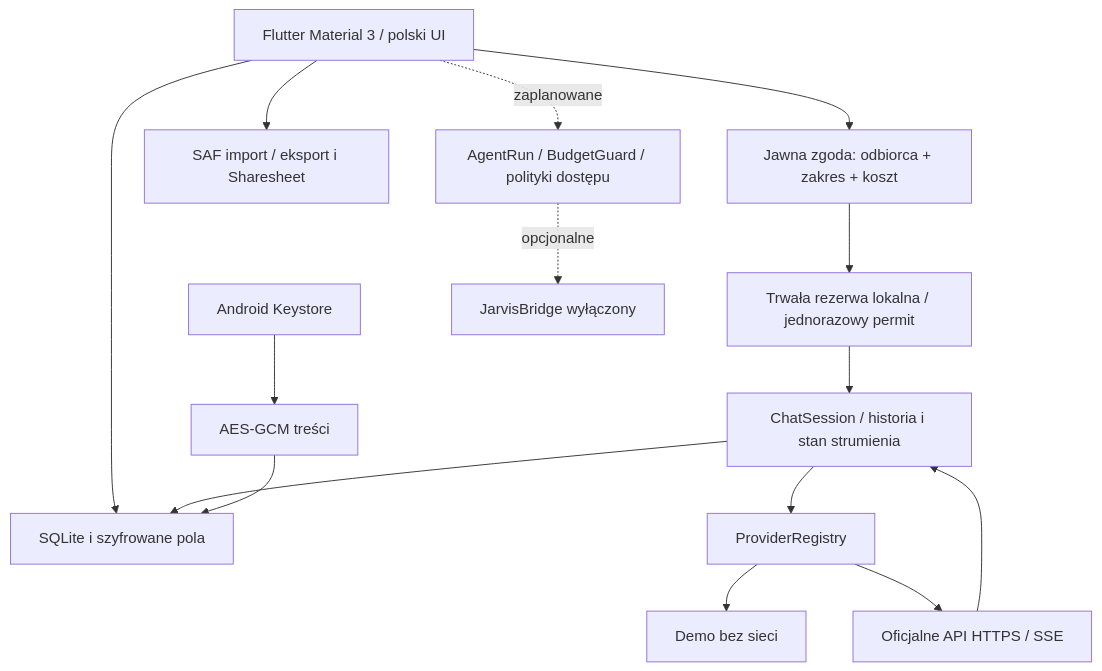
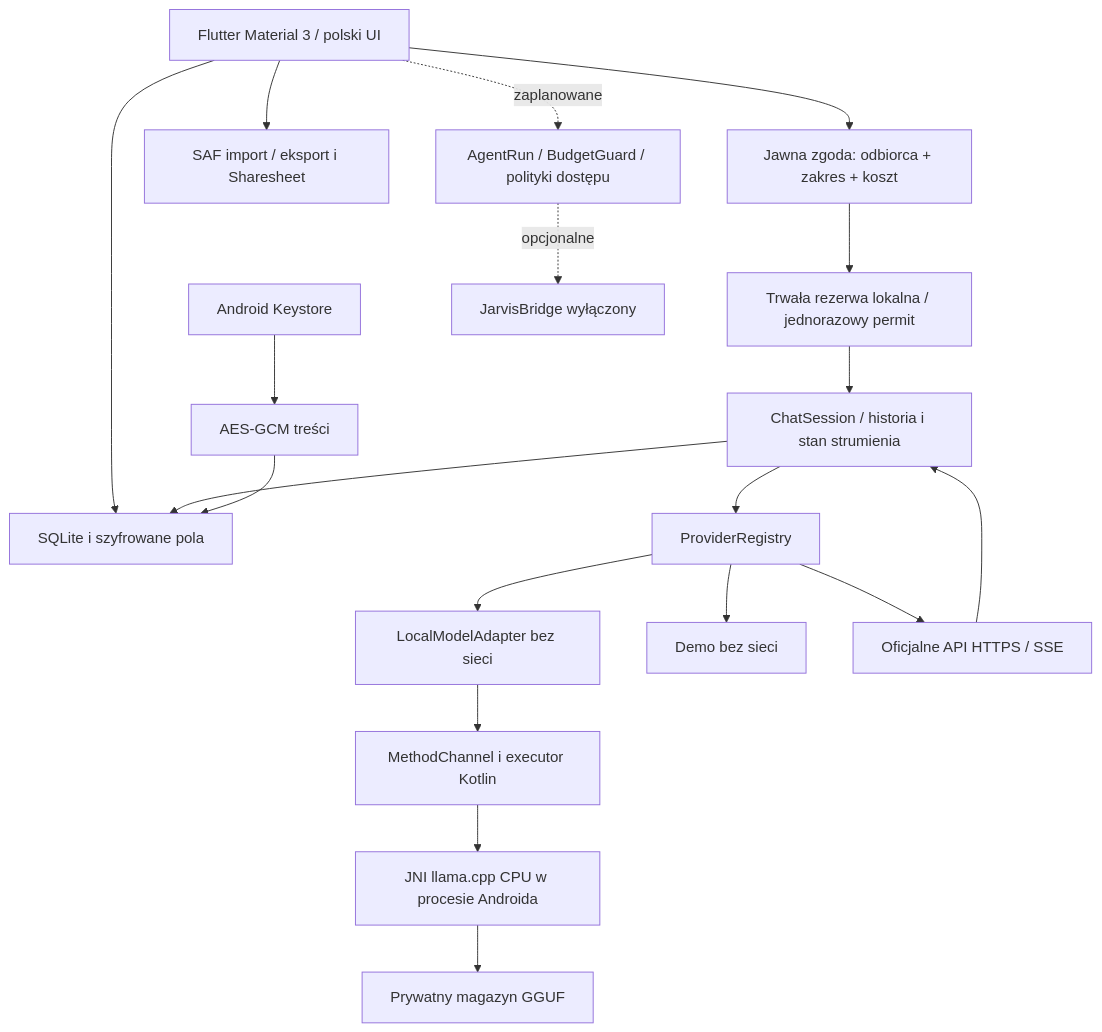
One commit to wtiptop/Ai-app-phone changed the diagram in ARCHITECTURE.md. Above: the diagram before and after it, drawn with Mermaid. The commit also changed other lines of this file and 1896 other files, not shown here.

Commit message:
Dodaj MiniCPM offline przez JNI i zweryfikowany APK 0.2.0

````diff
--- a/ARCHITECTURE.md
+++ b/ARCHITECTURE.md
@@ -7,17 +9,21 @@
 ```mermaid
 flowchart TD
   UI[Flutter Material 3 / polski UI] --> Consent[Jawna zgoda: odbiorca + zakres + koszt]
   UI --> Local[SQLite i szyfrowane pola]
   Consent --> Budget[Trwała rezerwa lokalna / jednorazowy permit]
   Budget --> Chat[ChatSession / historia i stan strumienia]
   Chat --> Registry[ProviderRegistry]
+  Registry --> Offline[LocalModelAdapter bez sieci]
+  Offline --> Channel[MethodChannel i executor Kotlin]
+  Channel --> JNI[JNI llama.cpp CPU w procesie Androida]
+  JNI --> GGUF[Prywatny magazyn GGUF]
   Registry --> Demo[Demo bez sieci]
   Registry --> API[Oficjalne API HTTPS / SSE]
   API --> Chat
   Chat --> Local
   Keys[Android Keystore] --> Cipher[AES-GCM treści]
   Cipher --> Local
   UI --> SAF[SAF import / eksport i Sharesheet]
   UI -. zaplanowane .-> Agents[AgentRun / BudgetGuard / polityki dostępu]
   Agents -. opcjonalne .-> Bridge[JarvisBridge wyłączony]
 ```
````
